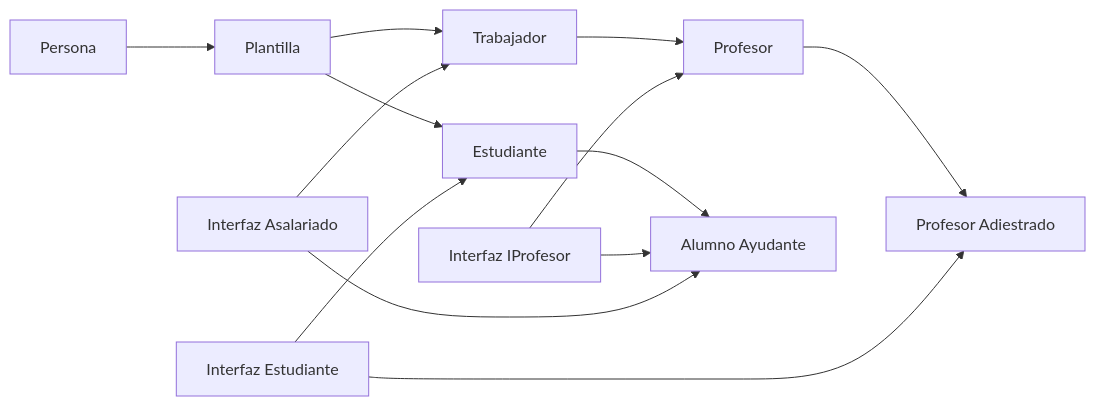
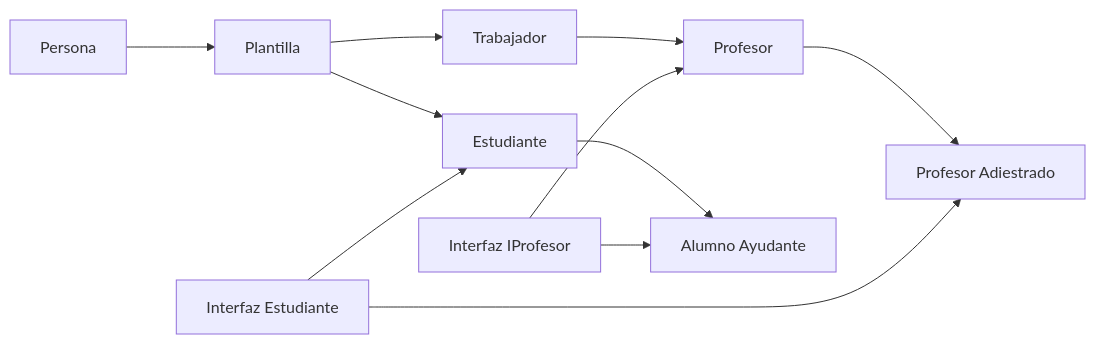
The diagram in Readme.md (Val020213/LP-Seminario-02-Herencia), drawn with Mermaid before and after one commit.

````diff
--- a/Readme.md
+++ b/Readme.md
@@ -13,17 +13,14 @@
 ```mermaid
 graph LR
     Persona --> Plantilla
     Plantilla --> Trabajador
     Trabajador --> Profesor
     Profesor --> PA[Profesor Adiestrado]
     Plantilla --> Estudiante
     Estudiante --> AA[Alumno Ayudante]
 
     IE[Interfaz Estudiante] --> Estudiante
     IE[Interfaz Estudiante] --> PA[Profesor Adiestrado]
     IP[Interfaz IProfesor] --> Profesor
     IP[Interfaz IProfesor] --> AA[Alumno Ayudante]
-    IA[Interfaz Asalariado] --> AA[Alumno Ayudante]
-    IA[Interfaz Asalariado] --> Trabajador
-
 ```
````
